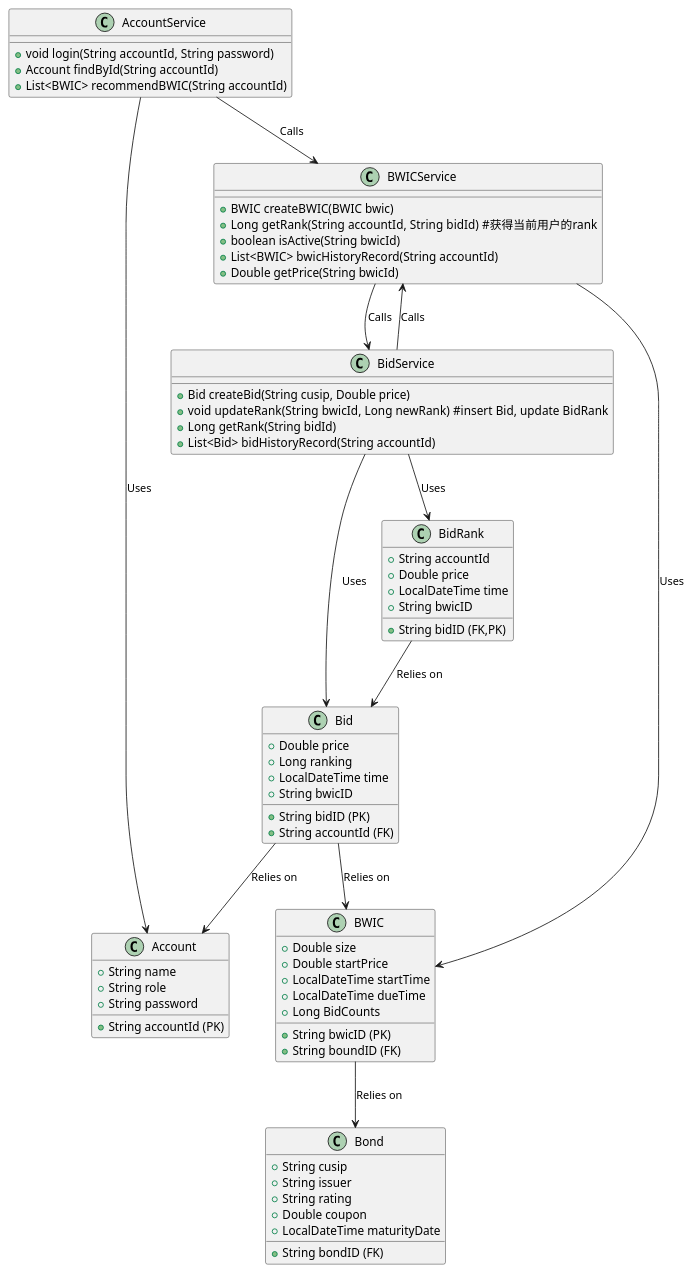
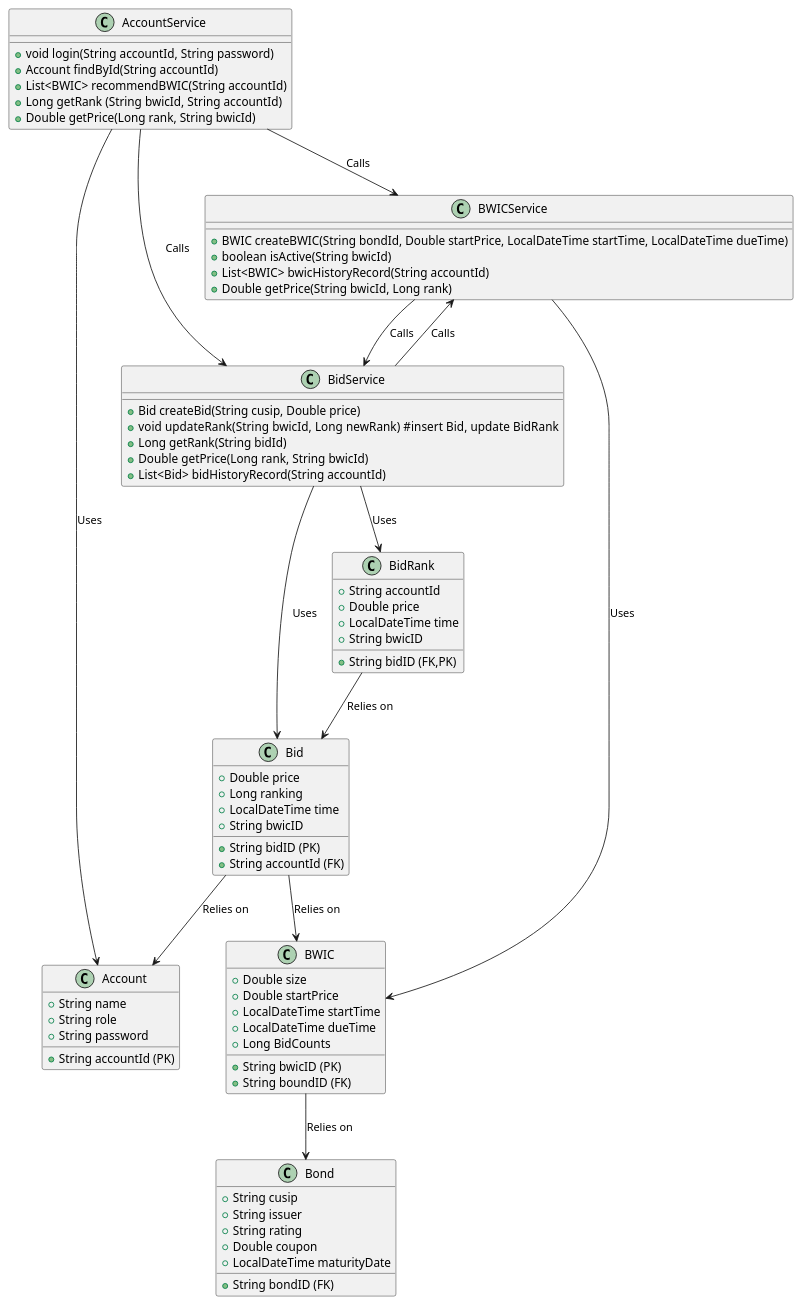
Before and after one commit to Zzz212zzZ/ebidding: the diagram in diagram.wsd, drawn with PlantUML. The commit also changed 7 other files, not shown here.

```diff
--- a/diagram.wsd
+++ b/diagram.wsd
@@ -1,79 +1,82 @@
 @startuml
 
 Class Account {
   +String accountId (PK)
   +String name
   +String role
   +String password
 }
 
 Class Bid {
   +String bidID (PK)
   +String accountId (FK)
   +Double price
   +Long ranking
   +LocalDateTime time
   +String bwicID
 }
 
 class BidRank {
   +String bidID (FK,PK)
   +String accountId
   +Double price
   +LocalDateTime time
   +String bwicID
 }
 
 Class BWIC {
   +String bwicID (PK)
   +String boundID (FK)
   +Double size
   +Double startPrice
   +LocalDateTime startTime
   +LocalDateTime dueTime
   +Long BidCounts
 }
 
 Class Bond {
   +String bondID (FK)
   +String cusip 
   +String issuer
   +String rating
   +Double coupon
   +LocalDateTime maturityDate
 }
 
 Class AccountService {
   +void login(String accountId, String password)
   +Account findById(String accountId)
   +List<BWIC> recommendBWIC(String accountId)
+  +Long getRank (String bwicId, String accountId)
+  +Double getPrice(Long rank, String bwicId)
 }
 
 Class BidService {
   +Bid createBid(String cusip, Double price)
   +void updateRank(String bwicId, Long newRank)  #insert Bid, update BidRank
   +Long getRank(String bidId)
+  +Double getPrice(Long rank, String bwicId)
   +List<Bid> bidHistoryRecord(String accountId)
 }
 
 Class BWICService {
-  +BWIC createBWIC(BWIC bwic)
-  +Long getRank(String accountId, String bidId)  #获得当前用户的rank
+  +BWIC createBWIC(String bondId, Double startPrice, LocalDateTime startTime, LocalDateTime dueTime)
   +boolean isActive(String bwicId)
   +List<BWIC> bwicHistoryRecord(String accountId)
-  +Double getPrice(String bwicId)
+  +Double getPrice(String bwicId, Long rank)
 }
 
 AccountService --> Account : Uses
 BidService --> Bid : Uses
 BidService --> BidRank : Uses
 BWICService --> BWIC : Uses
 BidService --> BWICService : Calls
 BWICService --> BidService : Calls
 Bid --> BWIC : Relies on
 Bid --> Account : Relies on
 BidRank --> Bid : Relies on
 BWIC --> Bond : Relies on
 AccountService --> BWICService : Calls
+AccountService --> BidService : Calls
 
 @enduml
```
